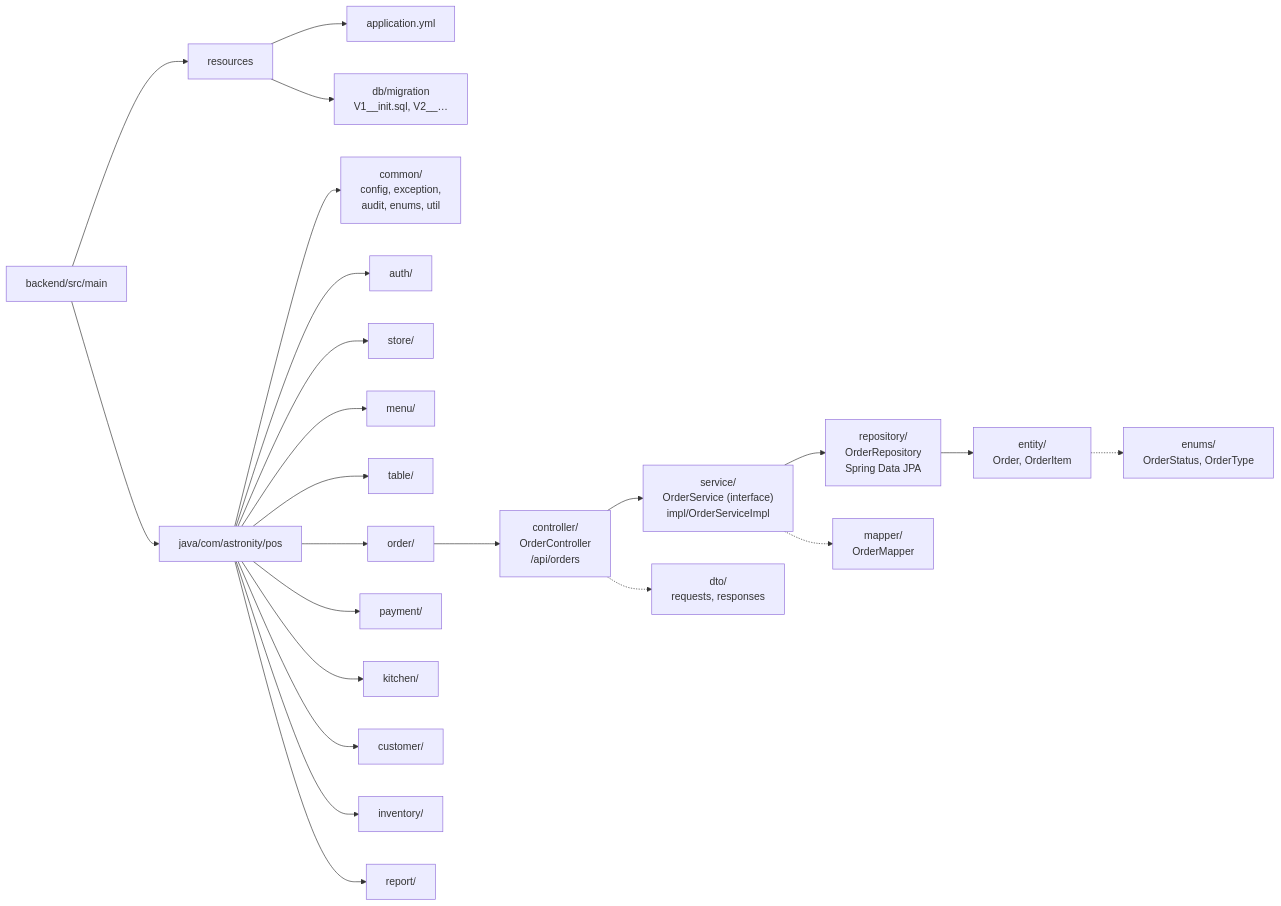
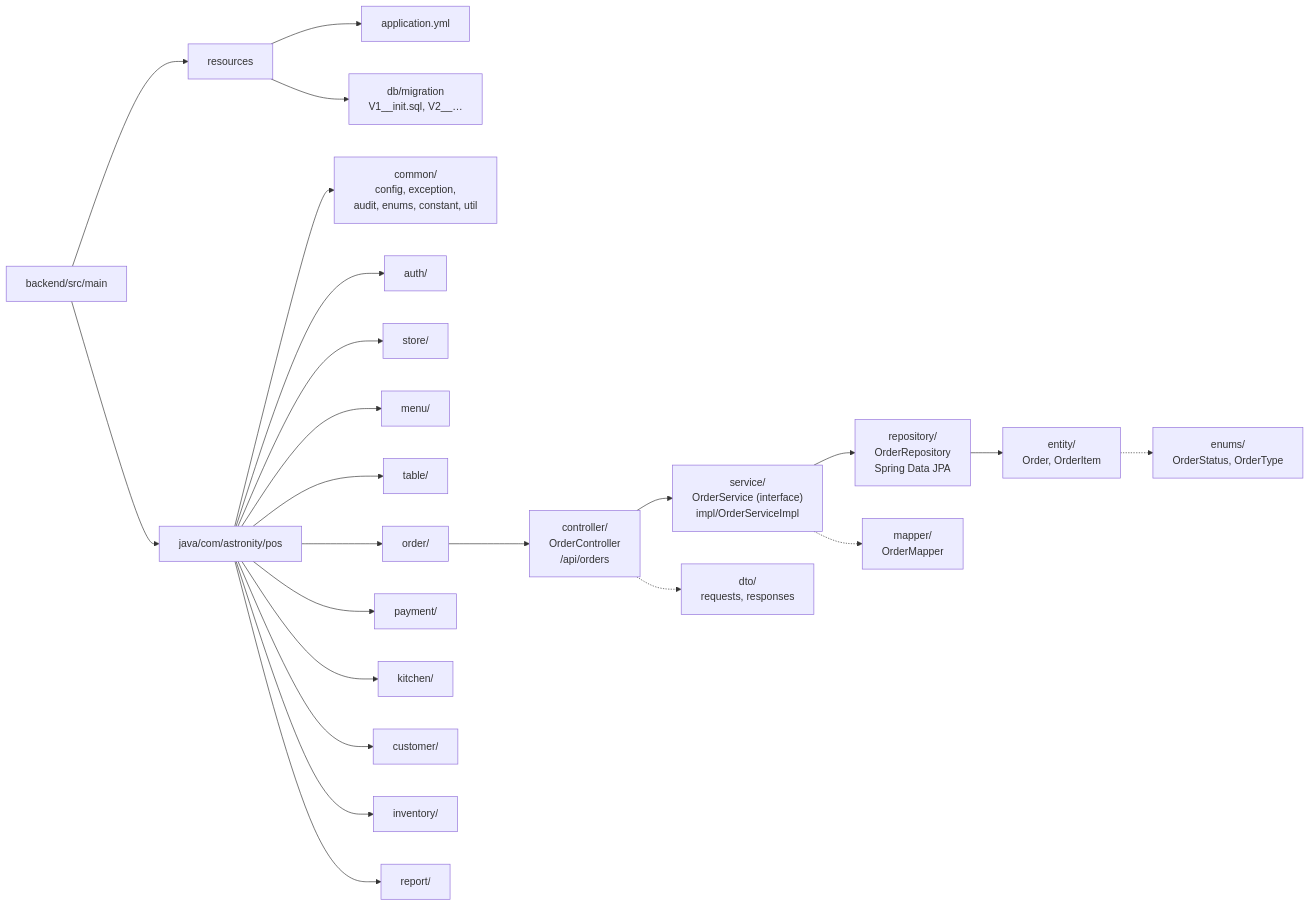
Before and after one commit to kaungkhantdev/spring-api-standards: the second of 3 diagrams in project-structure/README.md, drawn with Mermaid. The commit also changed other lines of this file and 1 other file, not shown here.

````diff
--- a/project-structure/README.md
+++ b/project-structure/README.md
@@ -254,27 +268,27 @@
 ```mermaid
 flowchart LR
   ROOT["backend/src/main"] --> J["java/com/astronity/pos"]
   ROOT --> R["resources"]
   R --> R1["application.yml"]
   R --> R2["db/migration<br/>V1__init.sql, V2__…"]
 
-  J --> C["common/<br/>config, exception,<br/>audit, enums, util"]
+  J --> C["common/<br/>config, exception,<br/>audit, enums, constant, util"]
   J --> F1["auth/"]
   J --> F2["store/"]
   J --> F3["menu/"]
   J --> F4["table/"]
   J --> F5["order/"]
   J --> F6["payment/"]
   J --> F7["kitchen/"]
   J --> F8["customer/"]
   J --> F9["inventory/"]
   J --> F10["report/"]
 
   F5 --> L1["controller/<br/>OrderController<br/>/api/orders"]
   L1 --> L2["service/<br/>OrderService (interface)<br/>impl/OrderServiceImpl"]
   L2 --> L3["repository/<br/>OrderRepository<br/>Spring Data JPA"]
   L3 --> L4["entity/<br/>Order, OrderItem"]
   L4 -.-> L7["enums/<br/>OrderStatus, OrderType"]
   L1 -.-> L5["dto/<br/>requests, responses"]
   L2 -.-> L6["mapper/<br/>OrderMapper"]
 ```
````
